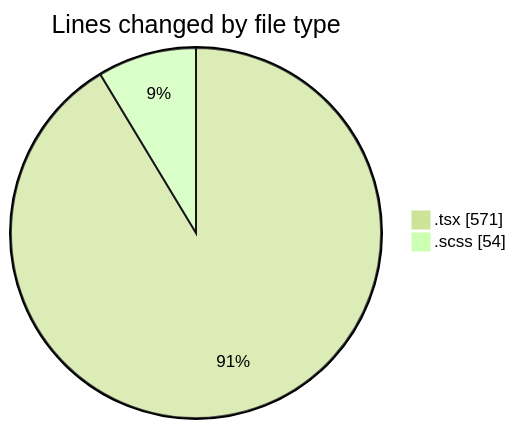
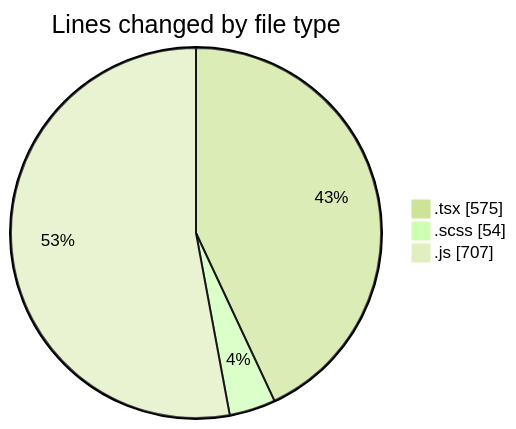
The first of 2 diagrams in 2026-07-21/cda/README.md (momahboobian/code-tracking), drawn with Mermaid (forest theme) before and after one commit. The commit also changed other lines of this file and 1 other file, not shown here.

````diff
--- a/2026-07-21/cda/README.md
+++ b/2026-07-21/cda/README.md
@@ -27,6 +28,7 @@
 ```mermaid
 pie showData
 title Lines changed by file type
-".tsx" : 571
+".tsx" : 575
 ".scss" : 54
+".js" : 707
 ```
````
